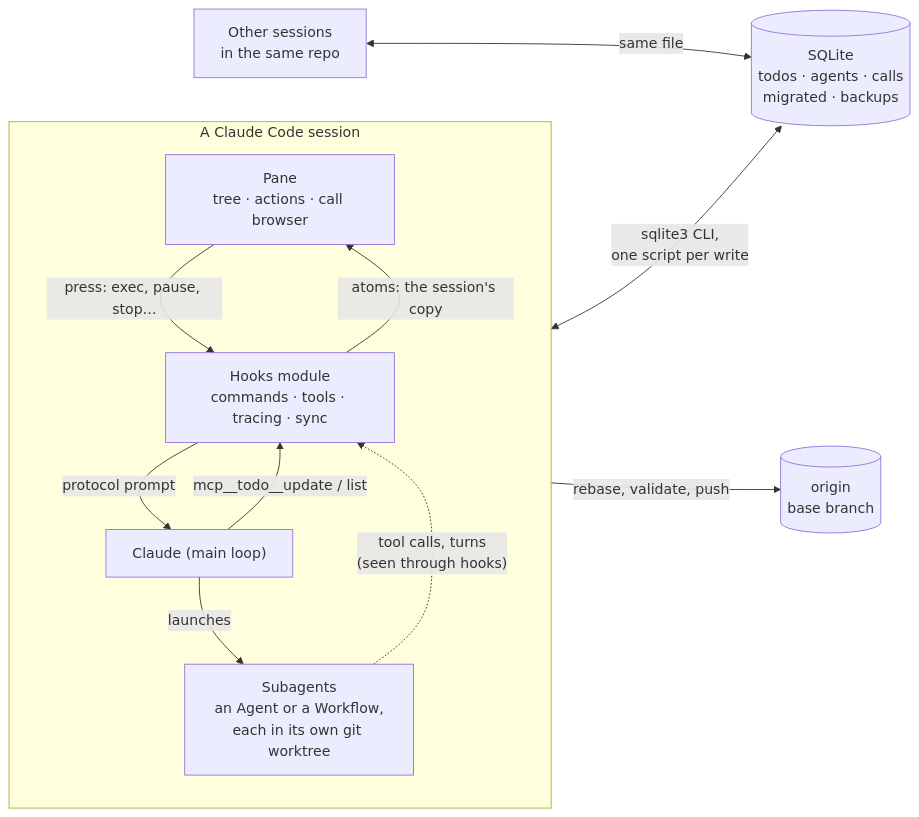
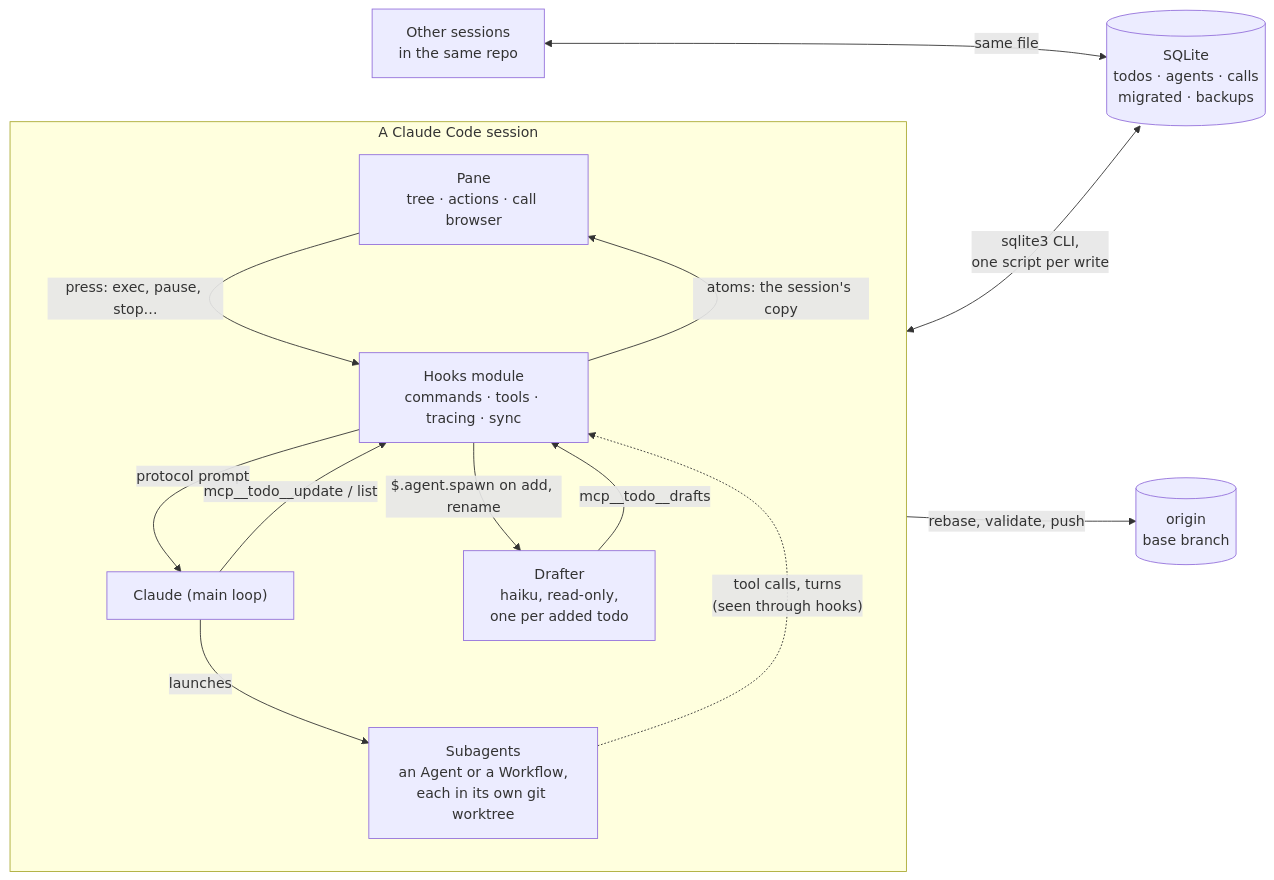
The first of 6 diagrams in docs/architecture.md (declanshanaghy/claude-todo), drawn with Mermaid before and after one commit. The commit also changed other lines of this file and 7 other files, not shown here.

````diff
--- a/docs/architecture.md
+++ b/docs/architecture.md
@@ -7,22 +7,25 @@
 ```mermaid
 flowchart LR
   subgraph S["A Claude Code session"]
     direction TB
     P["Pane<br/>tree · actions · call browser"]
     H["Hooks module<br/>commands · tools · tracing · sync"]
     M["Claude (main loop)"]
     A["Subagents<br/>an Agent or a Workflow,<br/>each in its own git worktree"]
+    D["Drafter<br/>haiku, read-only,<br/>one per added todo"]
     P -- "press: exec, pause, stop…" --> H
     H -- "protocol prompt" --> M
     M -- "mcp__todo__update / list" --> H
     M -- "launches" --> A
     A -. "tool calls, turns<br/>(seen through hooks)" .-> H
     H -- "atoms: the session's copy" --> P
+    H -- "$.agent.spawn on add, rename" --> D
+    D -- "mcp__todo__drafts" --> H
   end
   S2["Other sessions<br/>in the same repo"]
   DB[("SQLite<br/>todos · agents · calls<br/>migrated · backups")]
   G[("origin<br/>base branch")]
   H <-- "sqlite3 CLI,<br/>one script per write" --> DB
   S2 <-- "same file" --> DB
   A -- "rebase, validate, push" --> G
 ```
````
